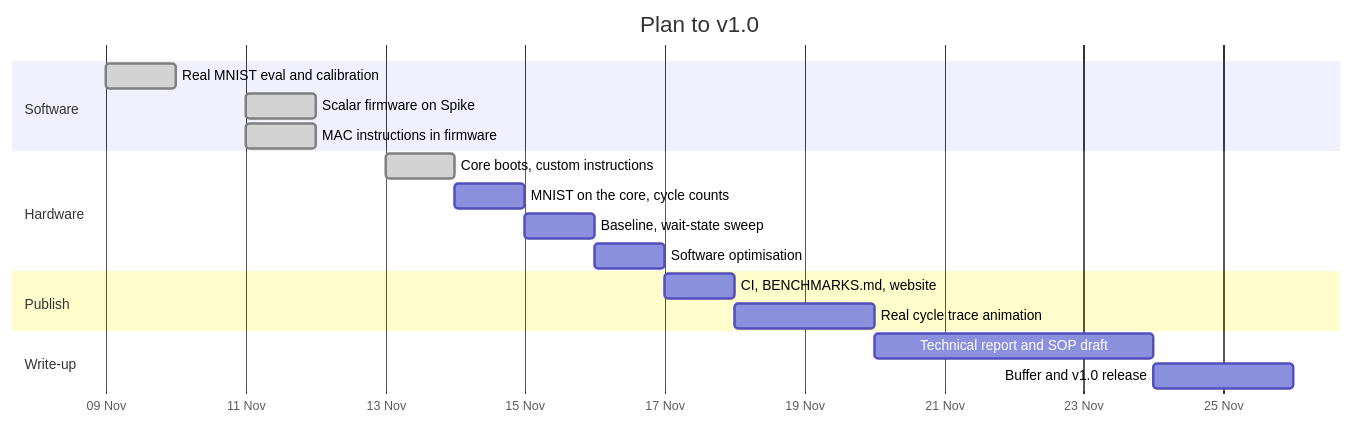
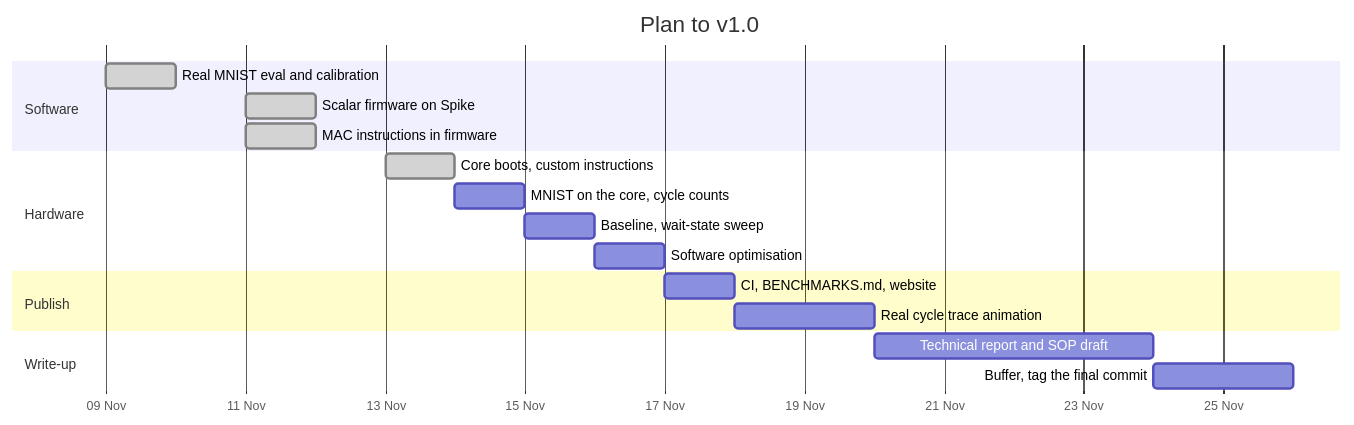
One commit to sajedulislam5840/riscv-edge-ai changed the fifth of 5 diagrams in README.md. Above: the diagram before and after it, drawn with Mermaid. The commit also changed other lines of this file, not shown here.

Commit message:
README: tag the final commit instead of a full release

````diff
--- a/README.md
+++ b/README.md
@@ -309,21 +309,21 @@
 ```mermaid
 gantt
     title Plan to v1.0
     dateFormat YYYY-MM-DD
     axisFormat %d %b
     section Software
     Real MNIST eval and calibration :done, a1, 2026-11-09, 1d
     Scalar firmware on Spike        :done, a2, 2026-11-11, 1d
     MAC instructions in firmware    :done, a2b, 2026-11-11, 1d
     section Hardware
     Core boots, custom instructions :done, h1, 2026-11-13, 1d
     MNIST on the core, cycle counts :h2, 2026-11-14, 1d
     Baseline, wait-state sweep      :h3, 2026-11-15, 1d
     Software optimisation           :h4, 2026-11-16, 1d
     section Publish
     CI, BENCHMARKS.md, website      :p1, 2026-11-17, 1d
     Real cycle trace animation      :p2, 2026-11-18, 2d
     section Write-up
     Technical report and SOP draft  :w1, 2026-11-20, 4d
-    Buffer and v1.0 release         :w2, 2026-11-24, 2d
+    Buffer, tag the final commit        :w2, 2026-11-24, 2d
 ```
````
